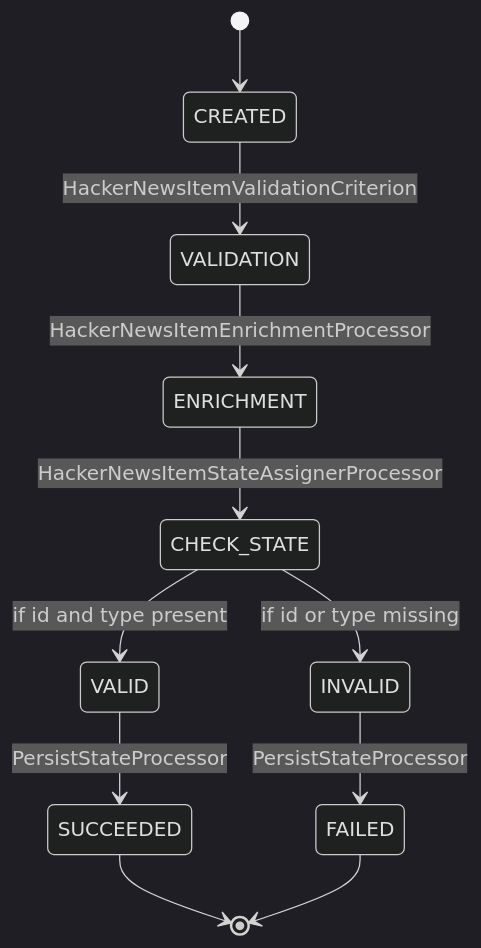
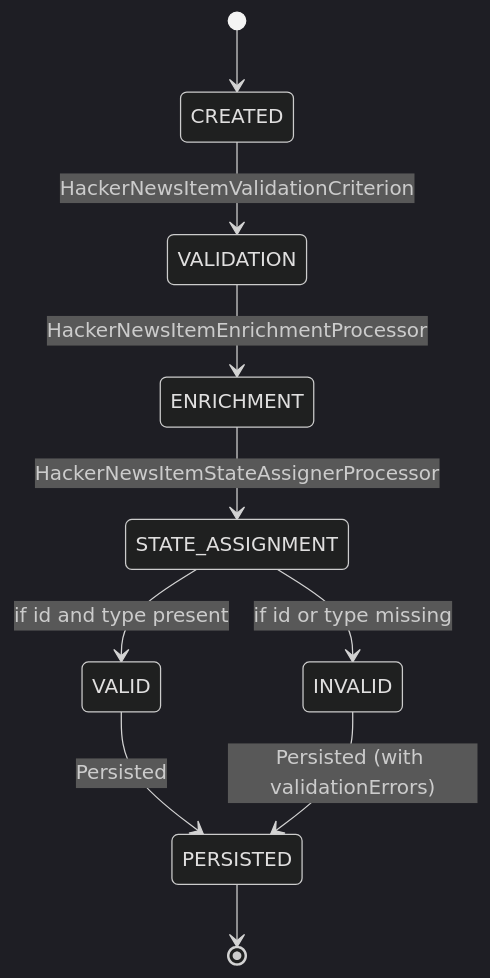
Before and after one commit to Cyoda-platform/java-client-template: the first of 3 diagrams in src/main/java/com/java_template/prototype/functional_requirement.md, drawn with Mermaid (dark theme). The commit also changed other lines of this file, not shown here.

````diff
--- a/src/main/java/com/java_template/prototype/functional_requirement.md
+++ b/src/main/java/com/java_template/prototype/functional_requirement.md
@@ -49,13 +84,12 @@
 ```mermaid
 stateDiagram-v2
     [*] --> CREATED
     CREATED --> VALIDATION : HackerNewsItemValidationCriterion
     VALIDATION --> ENRICHMENT : HackerNewsItemEnrichmentProcessor
-    ENRICHMENT --> CHECK_STATE : HackerNewsItemStateAssignerProcessor
-    CHECK_STATE --> VALID : if id and type present
-    CHECK_STATE --> INVALID : if id or type missing
-    VALID --> SUCCEEDED : PersistStateProcessor
-    INVALID --> FAILED : PersistStateProcessor
-    SUCCEEDED --> [*]
-    FAILED --> [*]
+    ENRICHMENT --> STATE_ASSIGNMENT : HackerNewsItemStateAssignerProcessor
+    STATE_ASSIGNMENT --> VALID : if id and type present
+    STATE_ASSIGNMENT --> INVALID : if id or type missing
+    VALID --> PERSISTED : Persisted
+    INVALID --> PERSISTED : Persisted (with validationErrors)
+    PERSISTED --> [*]
 ```
````
